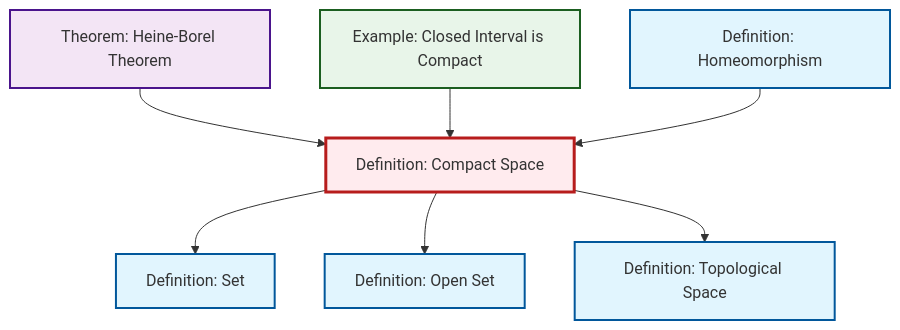
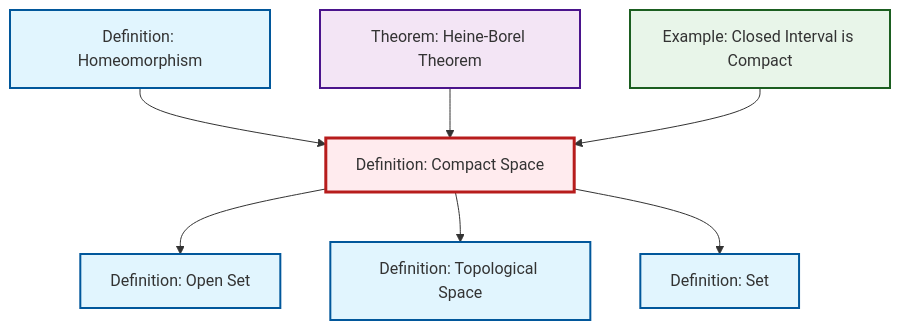
The diagram in content/ja/topology/def-compact.qmd (RK0429/ModernMath), drawn with Mermaid before and after one commit. The commit also changed other lines of this file and 597 other files, not shown here.

````diff
--- a/content/ja/topology/def-compact.qmd
+++ b/content/ja/topology/def-compact.qmd
@@ -49,29 +49,29 @@
 ```{mermaid}
 %%| fig-cap: "Local dependency graph"
 graph TD
     classDef definition fill:#e1f5fe,stroke:#01579b,stroke-width:2px
     classDef theorem fill:#f3e5f5,stroke:#4a148c,stroke-width:2px
     classDef axiom fill:#fff3e0,stroke:#e65100,stroke-width:2px
     classDef example fill:#e8f5e9,stroke:#1b5e20,stroke-width:2px
     classDef current fill:#ffebee,stroke:#b71c1c,stroke-width:3px
     def-compact["Definition: Compact Space"]:::definition
+    ex-closed-interval-compact["Example: Closed Interval is Compact"]:::example
     thm-heine-borel["Theorem: Heine-Borel Theorem"]:::theorem
-    def-open-set["Definition: Open Set"]:::definition
-    ex-closed-interval-compact["Example: Closed Interval is Compact"]:::example
+    def-set["Definition: Set"]:::definition
     def-topological-space["Definition: Topological Space"]:::definition
     def-homeomorphism["Definition: Homeomorphism"]:::definition
-    def-set["Definition: Set"]:::definition
-    thm-heine-borel --> def-compact
-    ex-closed-interval-compact --> def-compact
-    def-compact --> def-set
+    def-open-set["Definition: Open Set"]:::definition
     def-compact --> def-open-set
     def-homeomorphism --> def-compact
     def-compact --> def-topological-space
+    def-compact --> def-set
+    thm-heine-borel --> def-compact
+    ex-closed-interval-compact --> def-compact
     class def-compact current
+    click ex-closed-interval-compact "ex-closed-interval-compact.html" "Example: Closed Interval is Compactへ"
     click thm-heine-borel "thm-heine-borel.html" "Theorem: Heine-Borel Theoremへ"
-    click def-open-set "def-open-set.html" "Definition: Open Setへ"
-    click ex-closed-interval-compact "ex-closed-interval-compact.html" "Example: Closed Interval is Compactへ"
+    click def-set "def-set.html" "Definition: Setへ"
     click def-topological-space "def-topological-space.html" "Definition: Topological Spaceへ"
     click def-homeomorphism "def-homeomorphism.html" "Definition: Homeomorphismへ"
-    click def-set "def-set.html" "Definition: Setへ"
+    click def-open-set "def-open-set.html" "Definition: Open Setへ"
 ```
````
